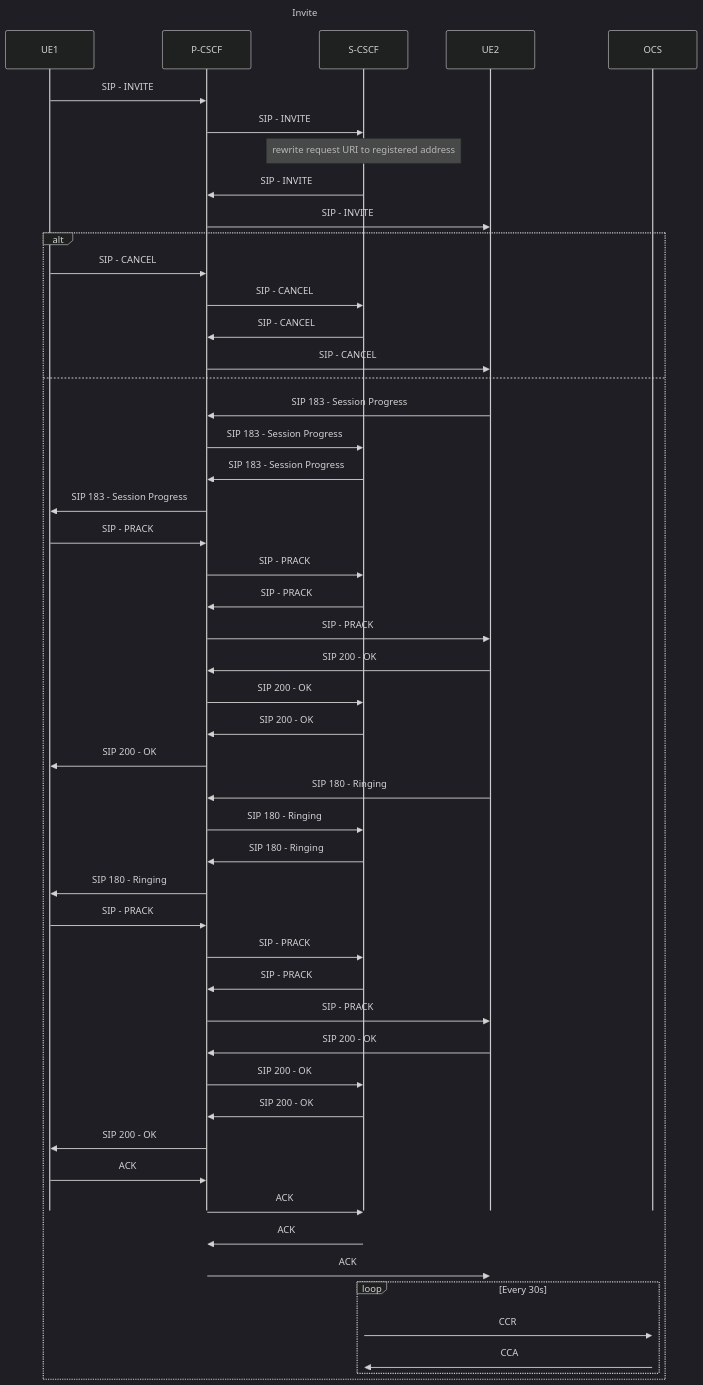
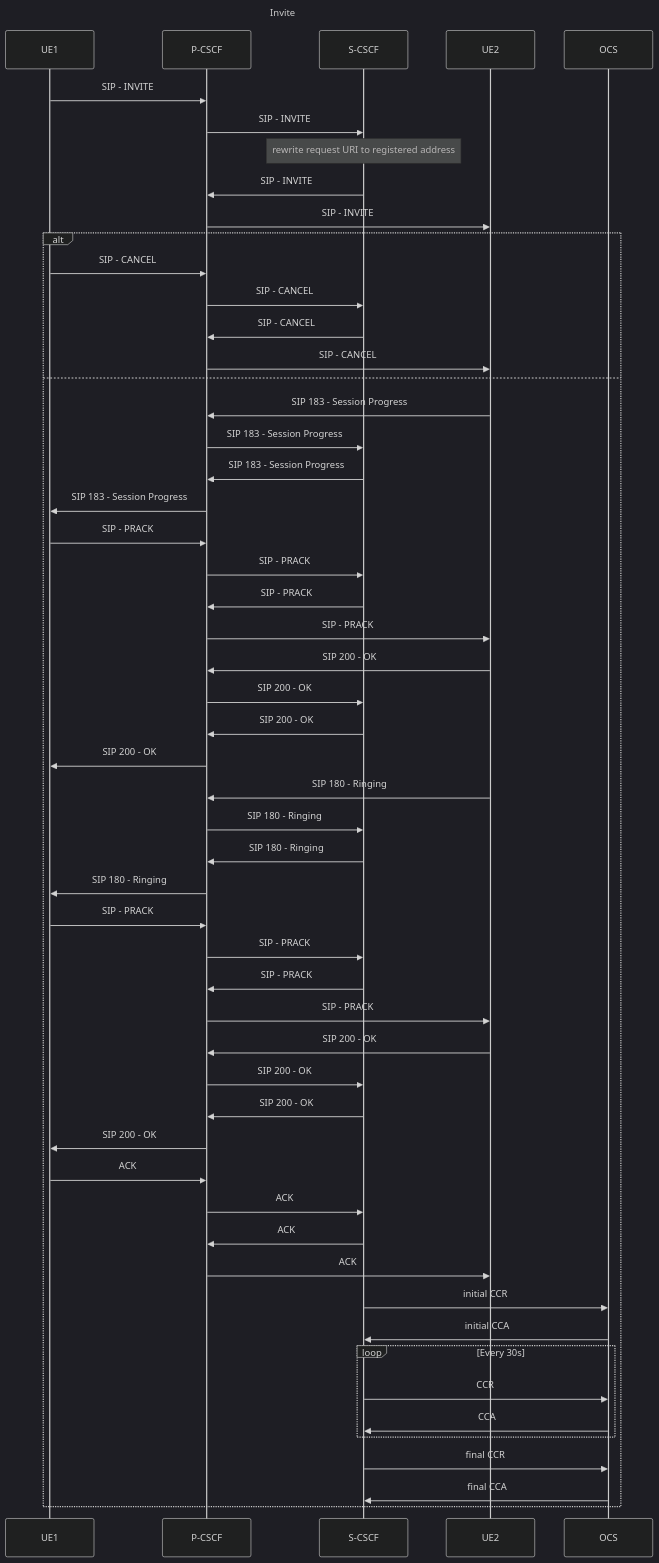
Before and after one commit to lyatanski/ims: the diagram in doc/invite.md, drawn with Mermaid (dark theme).

Commit message:
workaround diagram problem

````diff
--- a/doc/invite.md
+++ b/doc/invite.md
@@ -1,54 +1,55 @@
 ```mermaid
 ---
 title: Invite
-config:
-  mirrorActors: false
 ---
 sequenceDiagram
     UE1->>P-CSCF: SIP - INVITE
     P-CSCF->>S-CSCF: SIP - INVITE
     Note over S-CSCF: rewrite request URI to registered address
     S-CSCF->>P-CSCF: SIP - INVITE
     P-CSCF->>UE2: SIP - INVITE
     alt
         UE1->>P-CSCF: SIP - CANCEL
         P-CSCF->>S-CSCF: SIP - CANCEL
         S-CSCF->>P-CSCF: SIP - CANCEL
         P-CSCF->>UE2: SIP - CANCEL
     else
         UE2->>P-CSCF: SIP 183 - Session Progress
         P-CSCF->>S-CSCF: SIP 183 - Session Progress
         S-CSCF->>P-CSCF: SIP 183 - Session Progress
         P-CSCF->>UE1: SIP 183 - Session Progress
         UE1->>P-CSCF: SIP - PRACK
         P-CSCF->>S-CSCF: SIP - PRACK
         S-CSCF->>P-CSCF: SIP - PRACK
         P-CSCF->>UE2: SIP - PRACK
         UE2->>P-CSCF: SIP 200 - OK
         P-CSCF->>S-CSCF: SIP 200 - OK
         S-CSCF->>P-CSCF: SIP 200 - OK
         P-CSCF->>UE1: SIP 200 - OK
         UE2->>P-CSCF: SIP 180 - Ringing
         P-CSCF->>S-CSCF: SIP 180 - Ringing
         S-CSCF->>P-CSCF: SIP 180 - Ringing
         P-CSCF->>UE1: SIP 180 - Ringing
         UE1->>P-CSCF: SIP - PRACK
         P-CSCF->>S-CSCF: SIP - PRACK
         S-CSCF->>P-CSCF: SIP - PRACK
         P-CSCF->>UE2: SIP - PRACK
         UE2->>P-CSCF: SIP 200 - OK
         P-CSCF->>S-CSCF: SIP 200 - OK
         S-CSCF->>P-CSCF: SIP 200 - OK
         P-CSCF->>UE1: SIP 200 - OK
         UE1->>P-CSCF: ACK
         P-CSCF->>S-CSCF: ACK
         S-CSCF->>P-CSCF: ACK
         P-CSCF->>UE2: ACK
-        create participant OCS
+        S-CSCF->>OCS: initial CCR
+        OCS->>S-CSCF: initial CCA
         loop Every 30s
             S-CSCF->>OCS: CCR
             OCS->>S-CSCF: CCA
         end
+        S-CSCF->>OCS: final CCR
+        OCS->>S-CSCF: final CCA
         destroy OCS
     end
 ```
````
